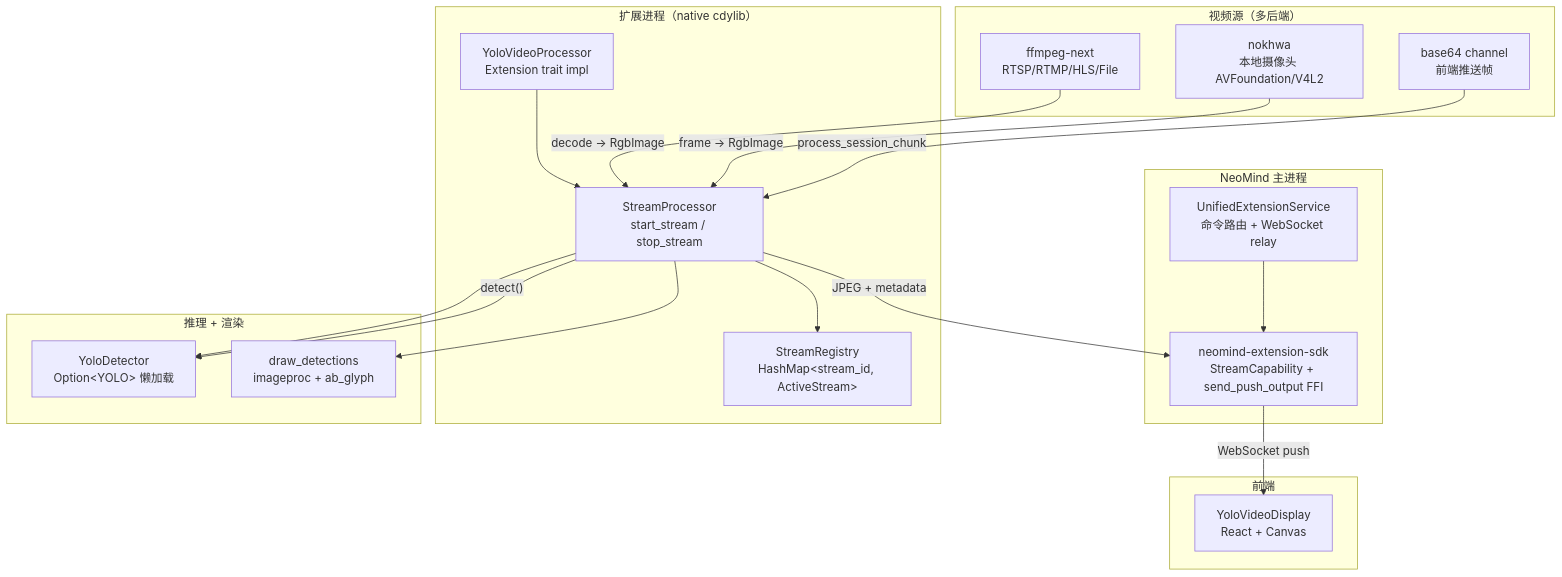
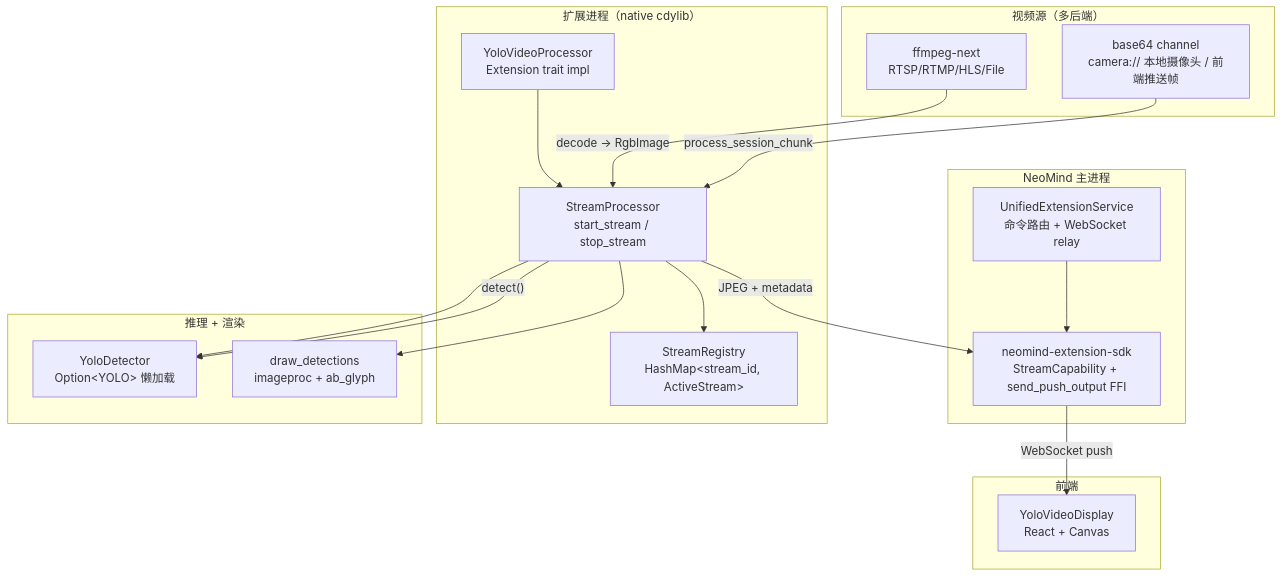
One commit to camthink-ai/wiki-documents changed the first of 2 diagrams in docs/0-neomind/developer-guide/case-studies/3-yolo-video-v2.md. Above: the diagram before and after it, drawn with Mermaid. The commit also changed other lines of this file and 64 other files, not shown here.

````diff
--- a/docs/0-neomind/developer-guide/case-studies/3-yolo-video-v2.md
+++ b/docs/0-neomind/developer-guide/case-studies/3-yolo-video-v2.md
@@ -66,40 +67,38 @@
 ```mermaid
 graph TB
     subgraph "NeoMind 主进程"
         RT[UnifiedExtensionService<br/>命令路由 + WebSocket relay]
         SDK[neomind-extension-sdk<br/>StreamCapability + send_push_output FFI]
         RT --> SDK
     end
 
     subgraph "扩展进程（native cdylib）"
         EXT[YoloVideoProcessor<br/>Extension trait impl]
         PROC[StreamProcessor<br/>start_stream / stop_stream]
         REG[StreamRegistry<br/>HashMap&lt;stream_id, ActiveStream&gt;]
         EXT --> PROC
         PROC --> REG
     end
 
     subgraph "推理 + 渲染"
         DET[YoloDetector<br/>Option&lt;YOLO&gt; 懒加载]
         DRAW[draw_detections<br/>imageproc + ab_glyph]
         PROC --> DET
         PROC --> DRAW
     end
 
     subgraph "视频源（多后端）"
         FFMPEG[ffmpeg-next<br/>RTSP/RTMP/HLS/File]
-        NOKHWA[nokhwa<br/>本地摄像头 AVFoundation/V4L2]
-        BASE64[base64 channel<br/>前端推送帧]
+        BASE64[base64 channel<br/>camera:// 本地摄像头 / 前端推送帧]
     end
 
     subgraph "前端"
         FE[YoloVideoDisplay<br/>React + Canvas]
     end
 
     FFMPEG -->|"decode → RgbImage"| PROC
-    NOKHWA -->|"frame → RgbImage"| PROC
     BASE64 -->|"process_session_chunk"| PROC
     PROC -->|"detect()"| DET
     PROC -->|"JPEG + metadata"| SDK
     SDK -->|"WebSocket push"| FE
 ```
````
